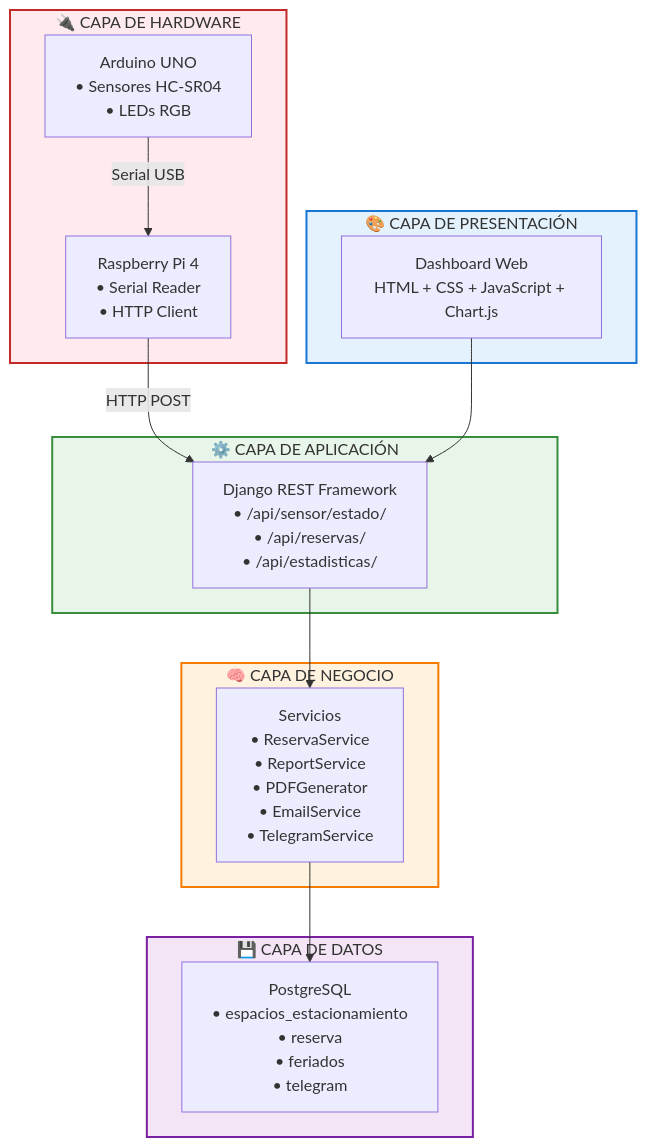
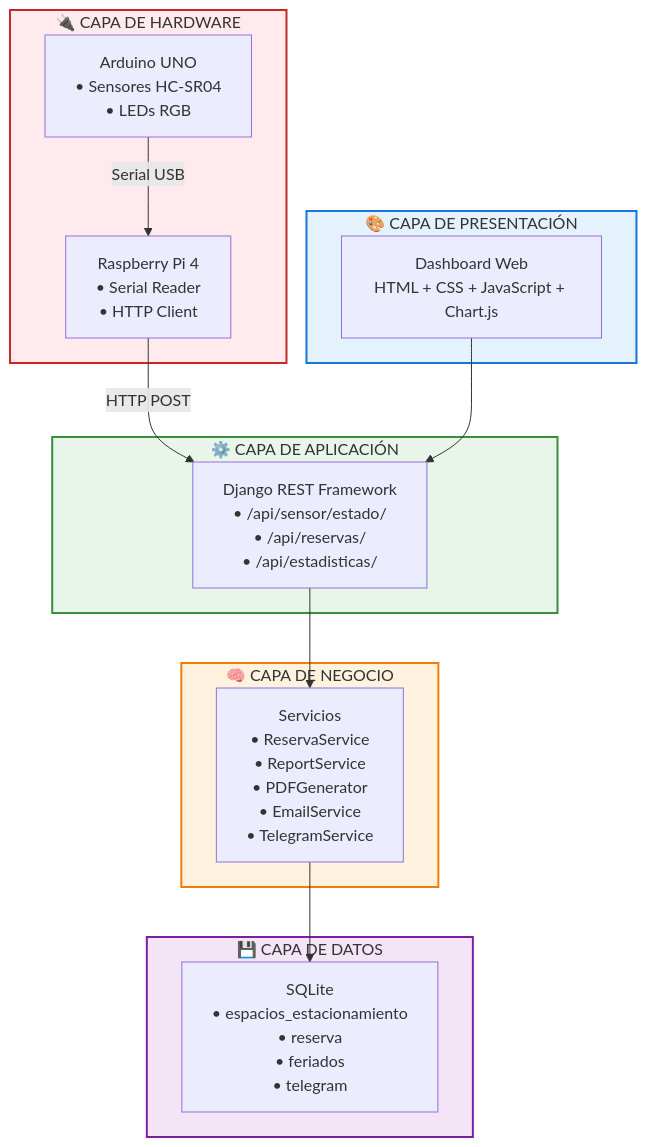
The first of 2 diagrams in README.md (asimonutti33/SmartParking), drawn with Mermaid before and after one commit. The commit also changed other lines of this file, not shown here.

First line of the commit message:
Change database from PostgreSQL to SQLite in README

````diff
--- a/README.md
+++ b/README.md
@@ -54,35 +54,35 @@
 ```mermaid
 flowchart TB
     subgraph PRESENTACION["🎨 CAPA DE PRESENTACIÓN"]
         UI["Dashboard Web<br/>HTML + CSS + JavaScript + Chart.js"]
     end
 
     subgraph APLICACION["⚙️ CAPA DE APLICACIÓN"]
         API["Django REST Framework<br/>• /api/sensor/estado/<br/>• /api/reservas/<br/>• /api/estadisticas/"]
     end
 
     subgraph NEGOCIO["🧠 CAPA DE NEGOCIO"]
         SERVICIOS["Servicios<br/>• ReservaService<br/>• ReportService<br/>• PDFGenerator<br/>• EmailService<br/>• TelegramService"]
     end
 
     subgraph DATOS["💾 CAPA DE DATOS"]
-        DB["PostgreSQL<br/>• espacios_estacionamiento<br/>• reserva<br/>• feriados<br/>• telegram"]
+        DB["SQLite<br/>• espacios_estacionamiento<br/>• reserva<br/>• feriados<br/>• telegram"]
     end
 
     subgraph HARDWARE["🔌 CAPA DE HARDWARE"]
         ARDUINO["Arduino UNO<br/>• Sensores HC-SR04<br/>• LEDs RGB"]
         RASPBERRY["Raspberry Pi 4<br/>• Serial Reader<br/>• HTTP Client"]
     end
 
     ARDUINO -->|Serial USB| RASPBERRY
     RASPBERRY -->|HTTP POST| API
     UI --> API
     API --> SERVICIOS
     SERVICIOS --> DB
     
     style PRESENTACION fill:#e3f2fd,stroke:#1976d2,stroke-width:2px
     style APLICACION fill:#e8f5e9,stroke:#388e3c,stroke-width:2px
     style NEGOCIO fill:#fff3e0,stroke:#f57c00,stroke-width:2px
     style DATOS fill:#f3e5f5,stroke:#7b1fa2,stroke-width:2px
     style HARDWARE fill:#ffebee,stroke:#c62828,stroke-width:2px
 ```
````
